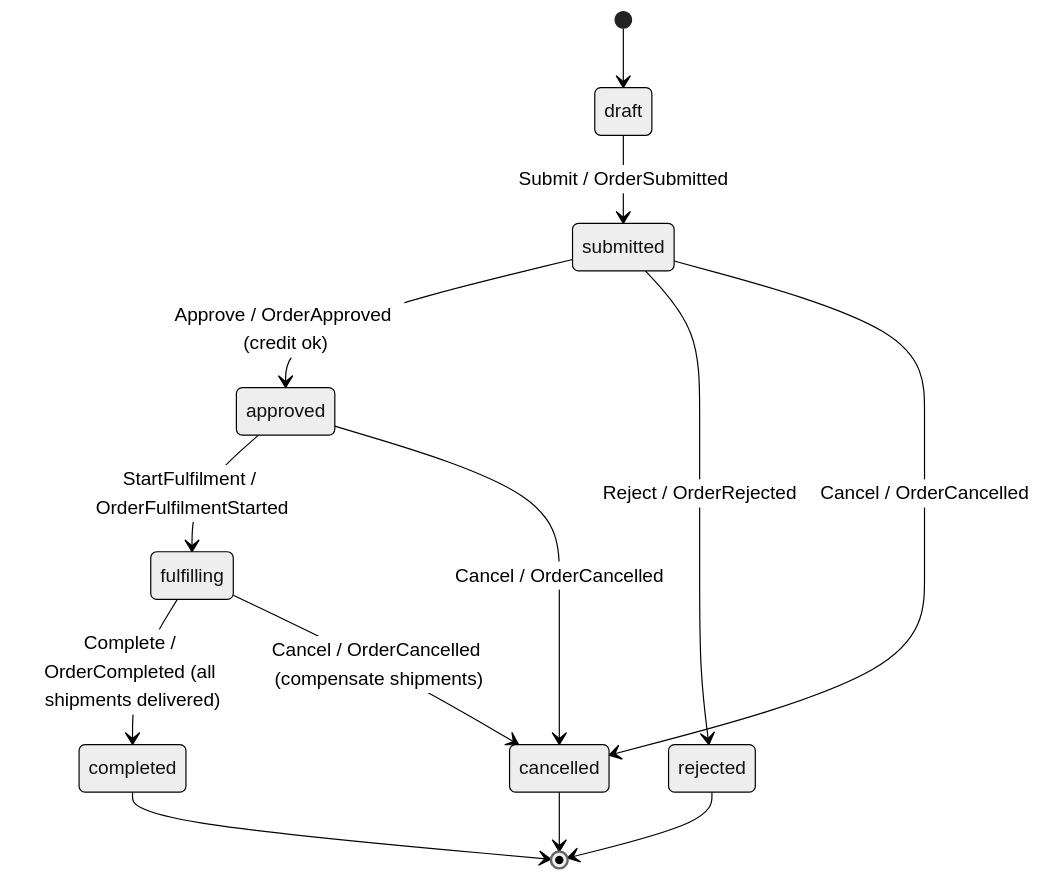
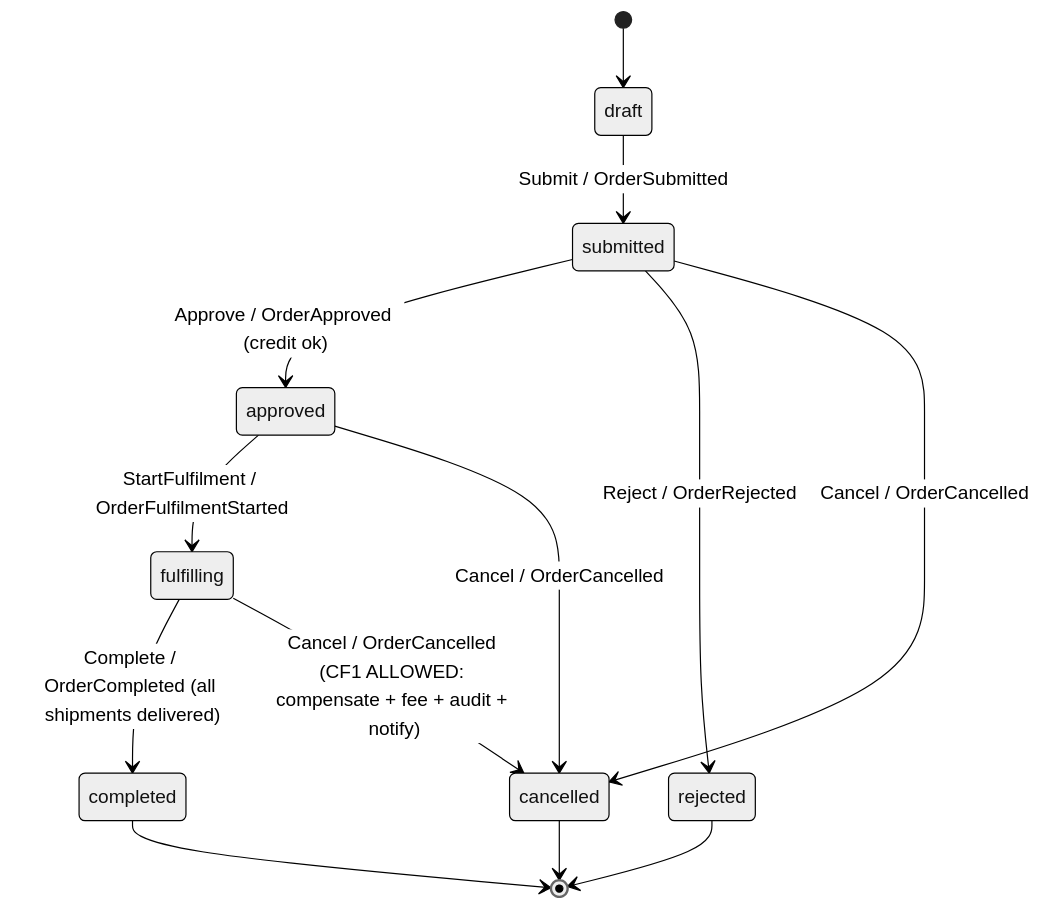
Before and after one commit to azowz/Logistics_Managemnt_System: diagram 13 of 25 in docs/04-event-storming-and-state-machines.md, drawn with Mermaid (neutral theme). The commit also changed other lines of this file and 65 other files, not shown here.

````diff
--- a/docs/04-event-storming-and-state-machines.md
+++ b/docs/04-event-storming-and-state-machines.md
@@ -1298,15 +1298,15 @@
 ```mermaid
 stateDiagram-v2
     [*] --> draft
     draft --> submitted : Submit / OrderSubmitted
     submitted --> approved : Approve / OrderApproved (credit ok)
     submitted --> rejected : Reject / OrderRejected
     submitted --> cancelled : Cancel / OrderCancelled
     approved --> fulfilling : StartFulfilment / OrderFulfilmentStarted
     approved --> cancelled : Cancel / OrderCancelled
     fulfilling --> completed : Complete / OrderCompleted (all shipments delivered)
-    fulfilling --> cancelled : Cancel / OrderCancelled (compensate shipments)
+    fulfilling --> cancelled : Cancel / OrderCancelled (CF1 ALLOWED: compensate + fee + audit + notify)
     rejected --> [*]
     completed --> [*]
     cancelled --> [*]
 ```
````
